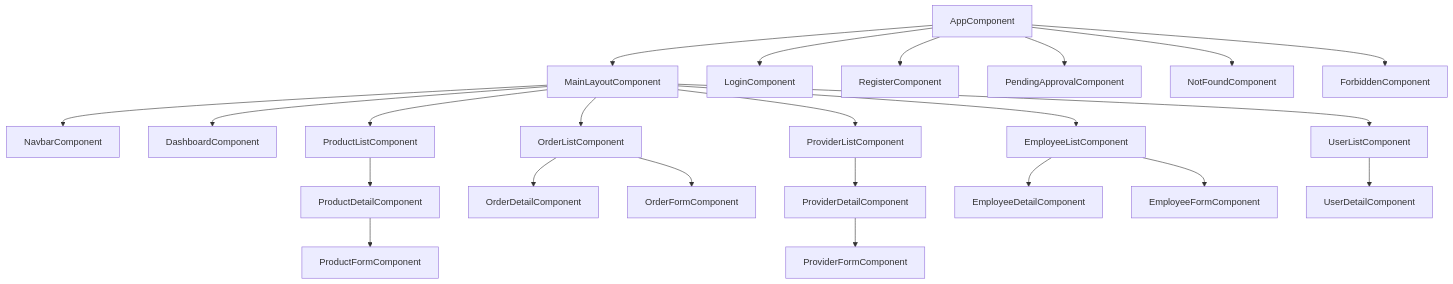
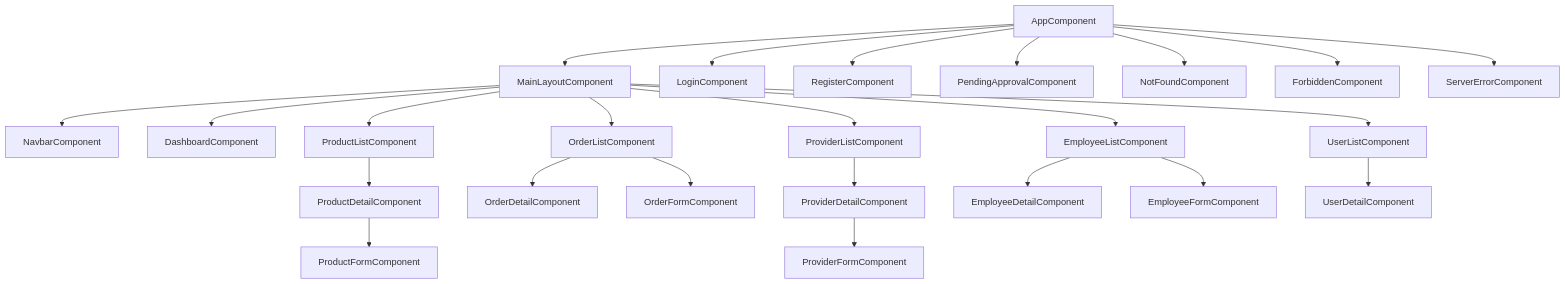
One commit to codeurjc-students/Shopventory changed the fourth of 5 diagrams in README.md. Above: the diagram before and after it, drawn with Mermaid. The commit also changed other lines of this file, not shown here.

First line of the commit message:
Update README with new schema fields and diagrams

````diff
--- a/README.md
+++ b/README.md
@@ -511,32 +541,33 @@
 ```mermaid
 flowchart TD
     APP[AppComponent] --> ML[MainLayoutComponent]
     ML --> NAV[NavbarComponent]
 
     ML --> DASH[DashboardComponent]
 
     ML --> PL[ProductListComponent]
     PL --> PD[ProductDetailComponent]
     PD --> PF[ProductFormComponent]
 
     ML --> OL[OrderListComponent]
     OL --> OD[OrderDetailComponent]
     OL --> OF[OrderFormComponent]
 
     ML --> VL[ProviderListComponent]
     VL --> VD[ProviderDetailComponent]
     VD --> VF[ProviderFormComponent]
 
     ML --> EL[EmployeeListComponent]
     EL --> ED[EmployeeDetailComponent]
     EL --> EF[EmployeeFormComponent]
 
     ML --> UL[UserListComponent]
     UL --> UD[UserDetailComponent]
 
     APP --> LC[LoginComponent]
     APP --> RC[RegisterComponent]
     APP --> PA[PendingApprovalComponent]
     APP --> NF[NotFoundComponent]
     APP --> FB[ForbiddenComponent]
+    APP --> SE[ServerErrorComponent]
 ```
````
